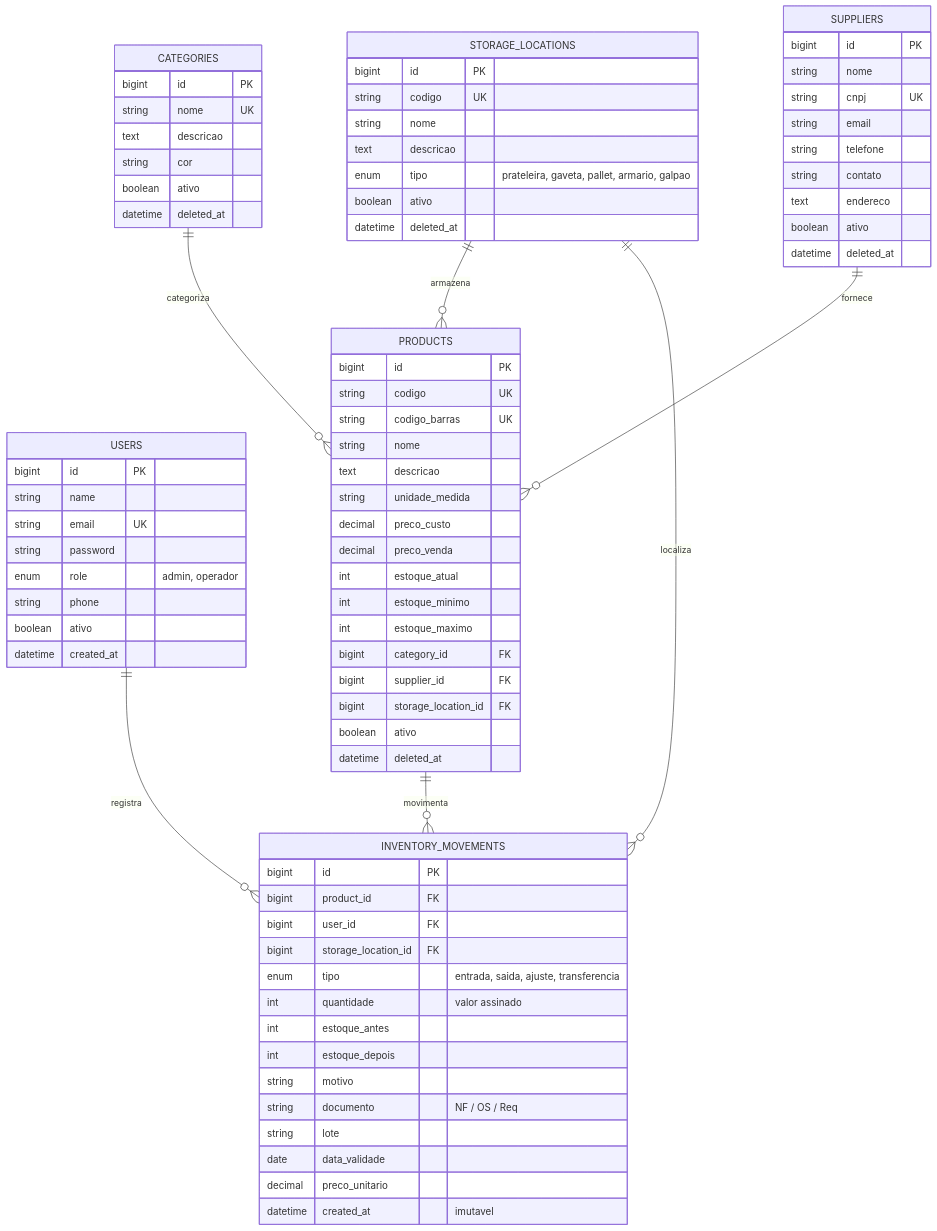
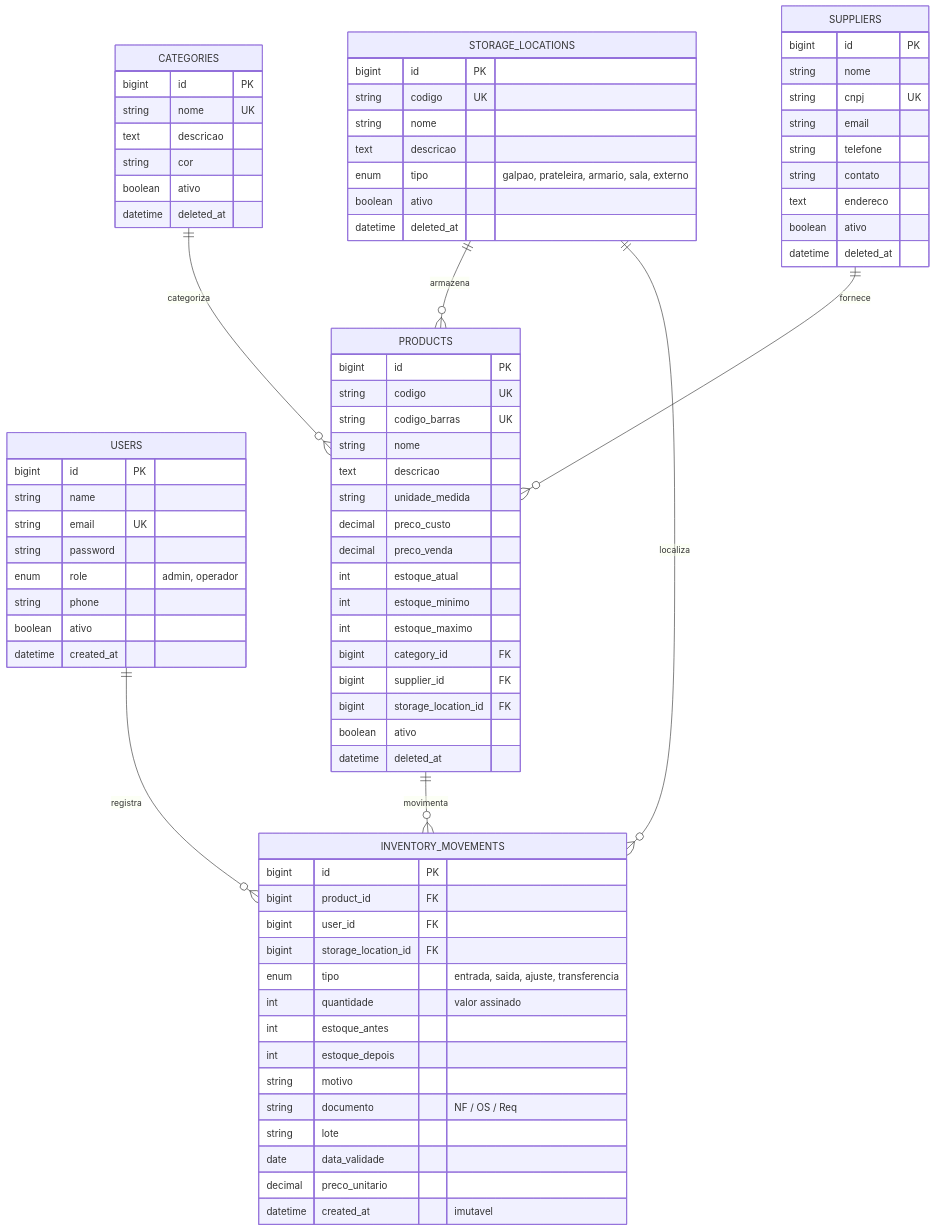
One commit to DiRibei/SESI-Inventario changed the diagram in DOCUMENTACAO_TECNICA.md. Above: the diagram before and after it, drawn with Mermaid. The commit also changed other lines of this file and 16 other files, not shown here.

```diff
--- a/DOCUMENTACAO_TECNICA.md
+++ b/DOCUMENTACAO_TECNICA.md
@@ -71,7 +71,7 @@
         string codigo UK
         string nome
         text descricao
-        enum tipo "prateleira, gaveta, pallet, armario, galpao"
+        enum tipo "galpao, prateleira, armario, sala, externo"
         boolean ativo
         datetime deleted_at
     }
```
